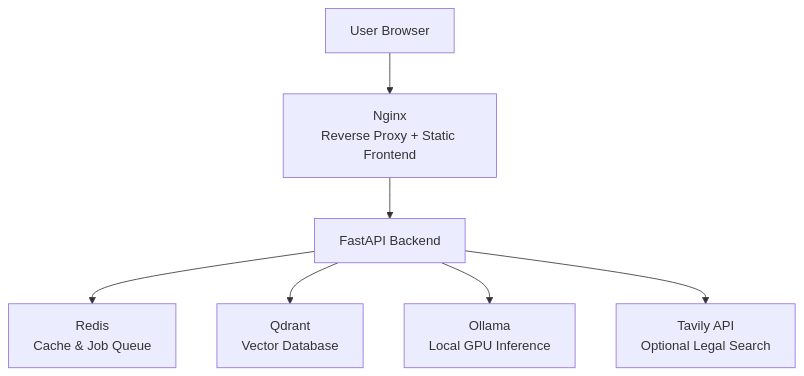
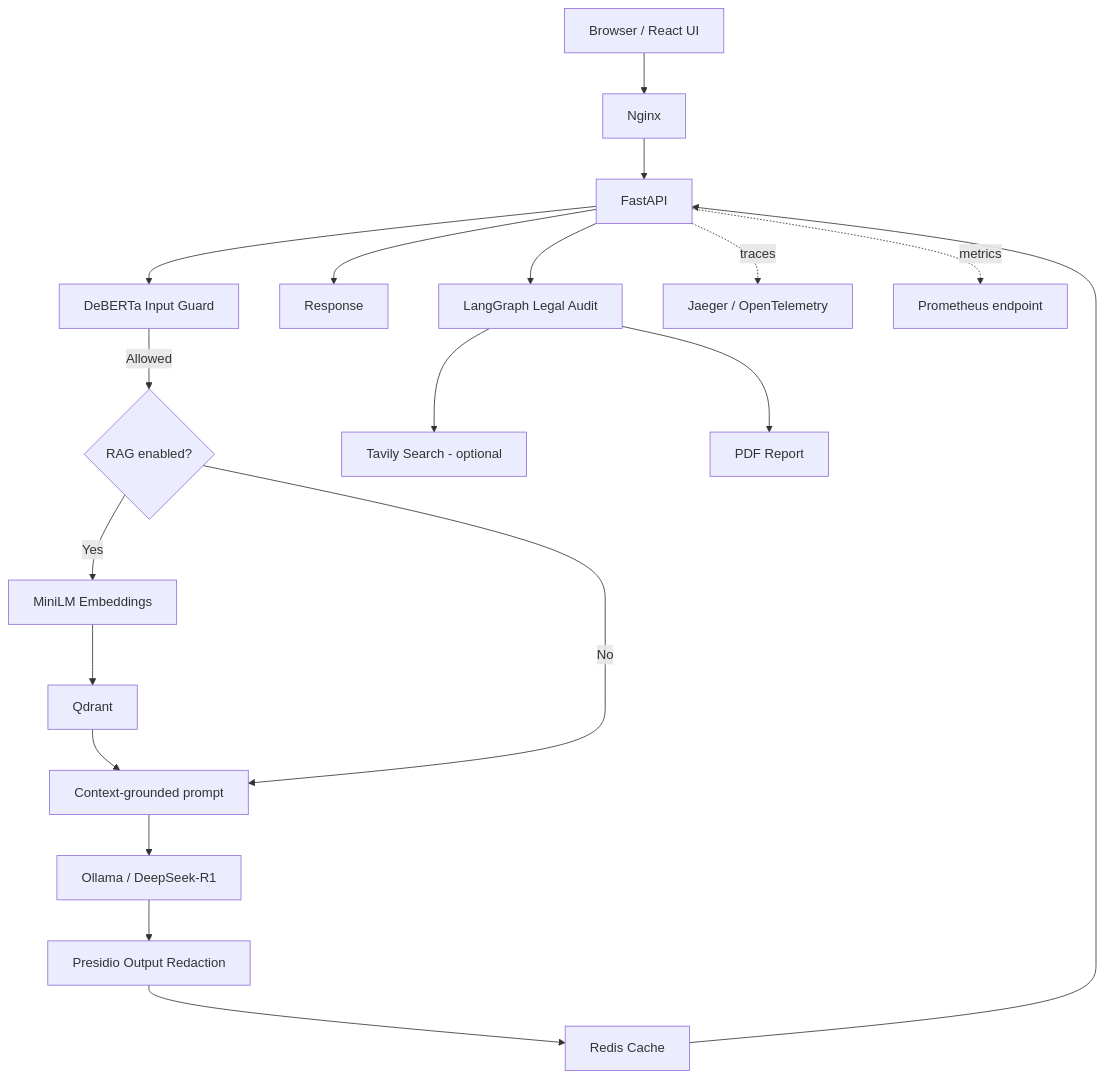
The diagram in 04-magnetar-webstack/README.md (shubham-61291/production-ai-engineering), drawn with Mermaid before and after one commit. The commit also changed other lines of this file, not shown here.

````diff
--- a/04-magnetar-webstack/README.md
+++ b/04-magnetar-webstack/README.md
@@ -123,10 +34,21 @@
 ```mermaid
 flowchart TD
-    U[User Browser] --> N[Nginx<br/>Reverse Proxy + Static Frontend]
-    N --> A[FastAPI Backend]
-
-    A --> R[Redis<br/>Cache & Job Queue]
-    A --> Q[Qdrant<br/>Vector Database]
-    A --> O[Ollama<br/>Local GPU Inference]
-    A --> T[Tavily API<br/>Optional Legal Search]
+    U[Browser / React UI] --> N[Nginx]
+    N --> API[FastAPI]
+    API --> GUARD[DeBERTa Input Guard]
+    GUARD -->|Allowed| RAG{RAG enabled?}
+    RAG -->|Yes| EMB[MiniLM Embeddings]
+    EMB --> Q[Qdrant]
+    Q --> PROMPT[Context-grounded prompt]
+    RAG -->|No| PROMPT
+    PROMPT --> LLM[Ollama / DeepSeek-R1]
+    LLM --> PII[Presidio Output Redaction]
+    PII --> CACHE[Redis Cache]
+    CACHE --> API
+    API --> UI[Response]
+    API --> AUDIT[LangGraph Legal Audit]
+    AUDIT --> TAVILY[Tavily Search - optional]
+    AUDIT --> PDF[PDF Report]
+    API -. traces .-> J[Jaeger / OpenTelemetry]
+    API -. metrics .-> M[Prometheus endpoint]
 ```
````
